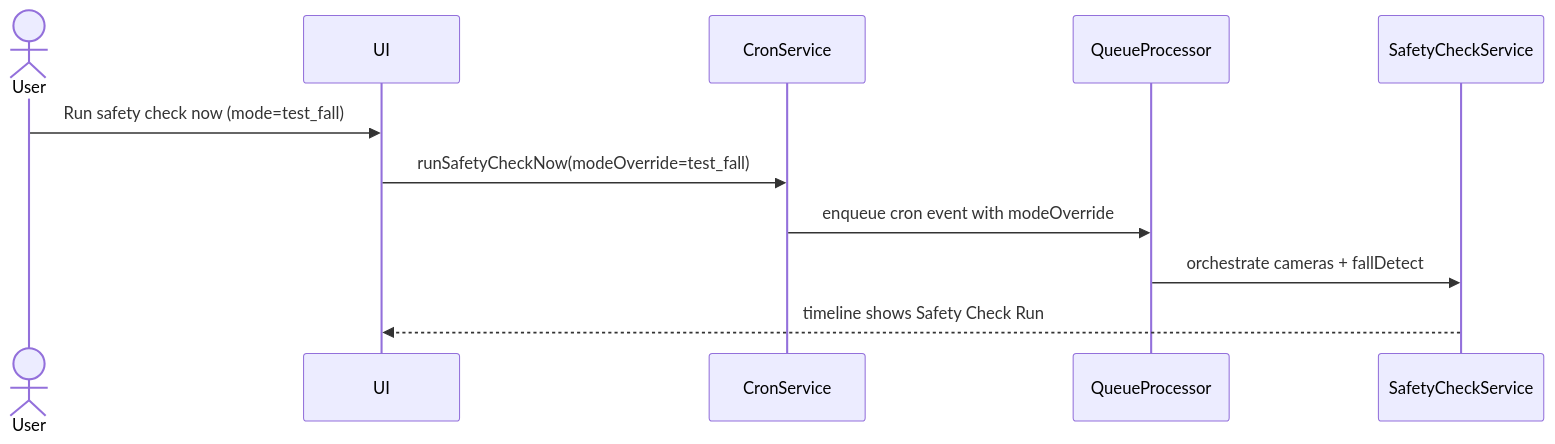
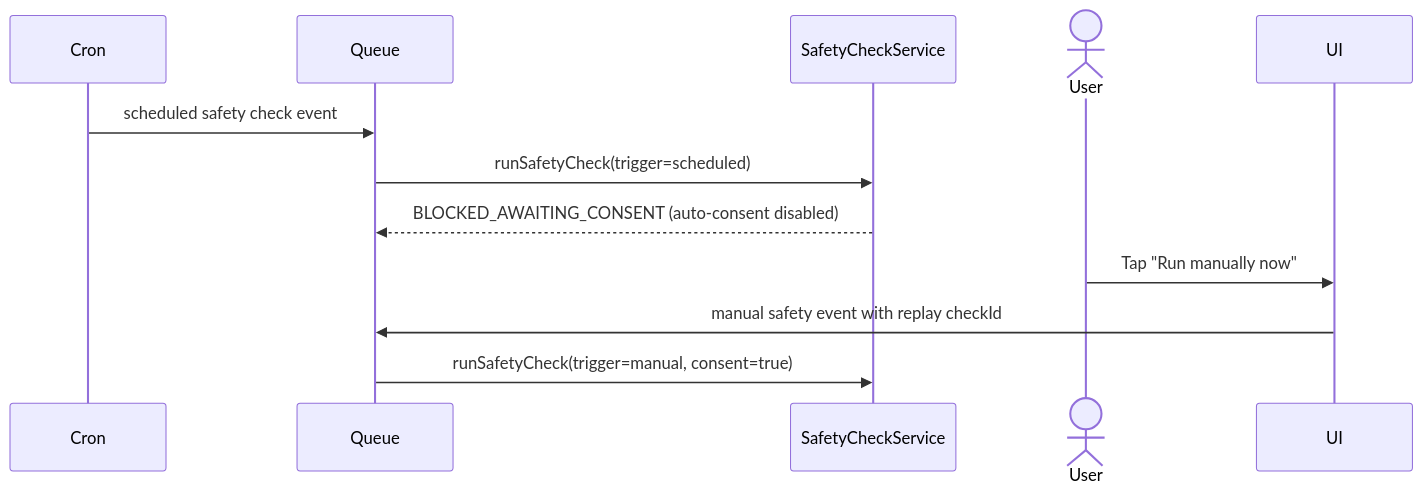
The second of 2 diagrams in docs/flutter-openclaw-mobile/demo-aged-care-phase2c-safety-check.md (aran-bitwise/openclaw), drawn with Mermaid before and after one commit. The commit also changed other lines of this file and 13 other files, not shown here.

Commit message:
Mobile: harden safety-check consent, workflow dispatch, and idempotency

````diff
--- a/docs/flutter-openclaw-mobile/demo-aged-care-phase2c-safety-check.md
+++ b/docs/flutter-openclaw-mobile/demo-aged-care-phase2c-safety-check.md
@@ -78,14 +106,15 @@
 ```mermaid
 sequenceDiagram
+  participant Cron
+  participant Queue
+  participant Safety as SafetyCheckService
   actor User
   participant UI
-  participant Cron as CronService
-  participant Queue as QueueProcessor
-  participant Safety as SafetyCheckService
 
-  User->>UI: Run safety check now (mode=test_fall)
-  UI->>Cron: runSafetyCheckNow(modeOverride=test_fall)
-  Cron->>Queue: enqueue cron event with modeOverride
-  Queue->>Safety: orchestrate cameras + fallDetect
-  Safety-->>UI: timeline shows Safety Check Run
+  Cron->>Queue: scheduled safety check event
+  Queue->>Safety: runSafetyCheck(trigger=scheduled)
+  Safety-->>Queue: BLOCKED_AWAITING_CONSENT (auto-consent disabled)
+  User->>UI: Tap "Run manually now"
+  UI->>Queue: manual safety event with replay checkId
+  Queue->>Safety: runSafetyCheck(trigger=manual, consent=true)
 ```
````
